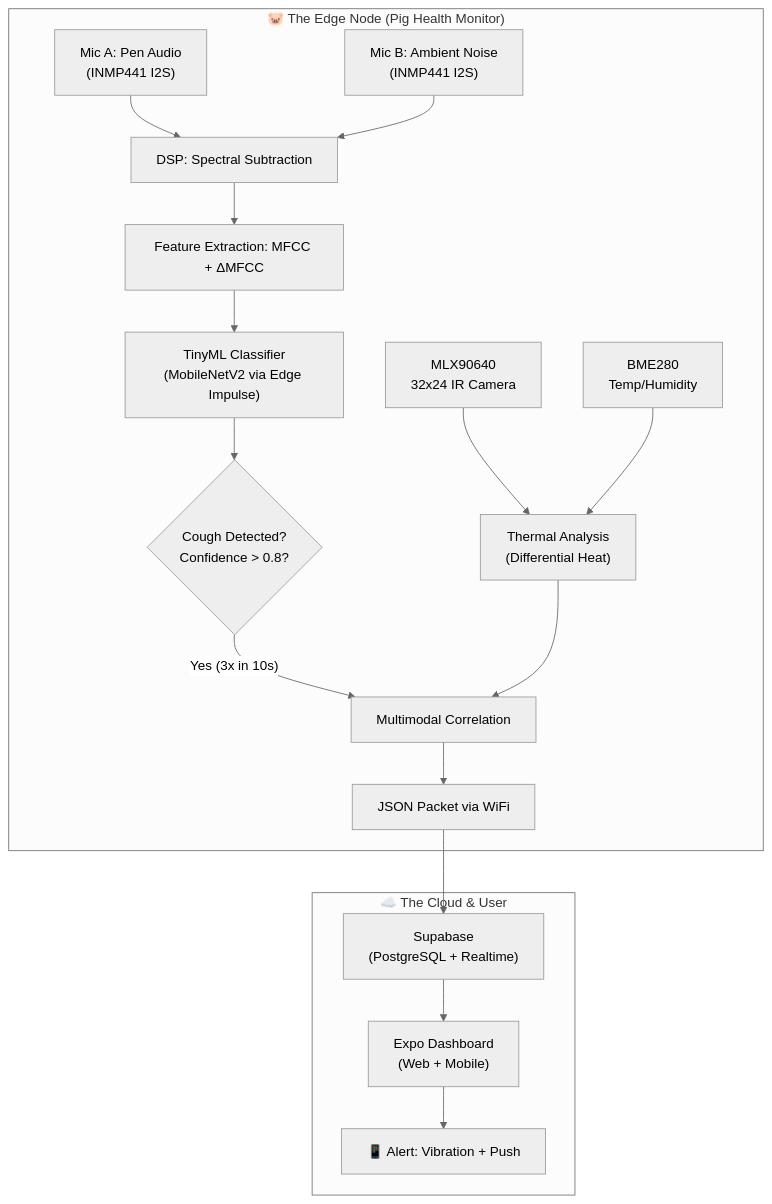
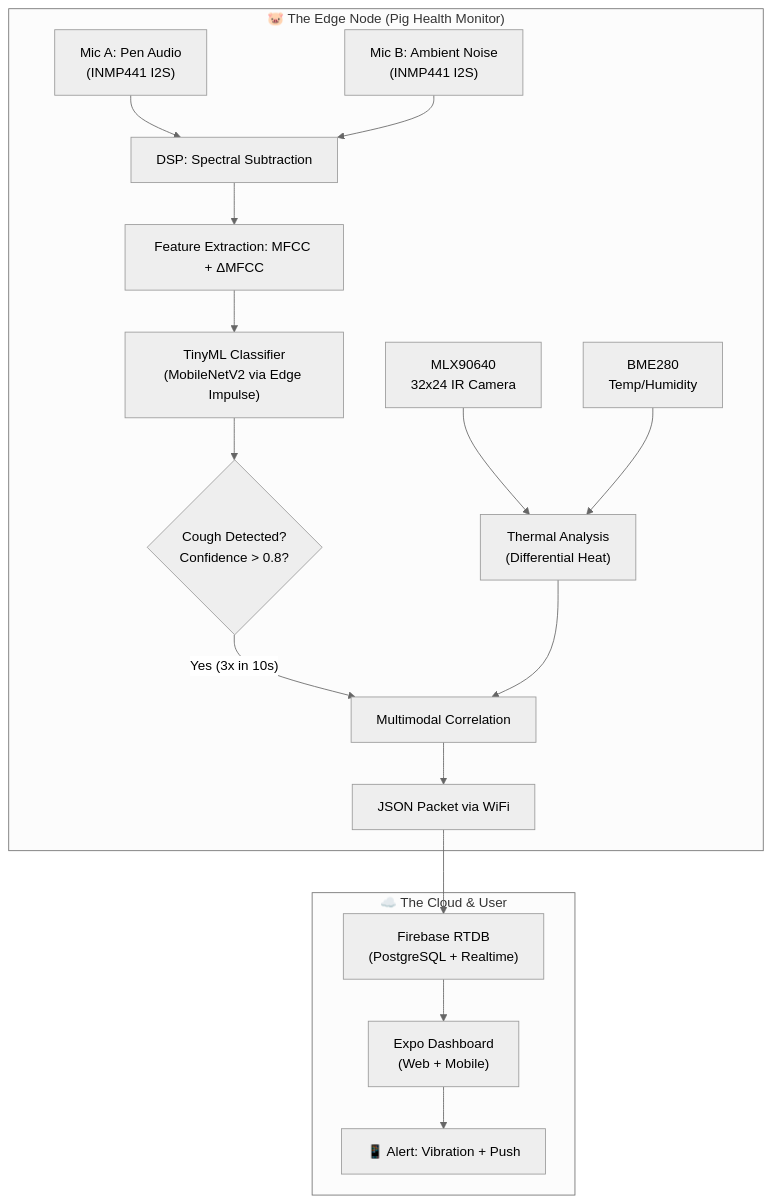
Before and after one commit to xkarma31-blip/pig-health-monitor: the first of 2 diagrams in docs/PIG_HEALTH_MONITOR_COMPLETE_RESEARCH.md, drawn with Mermaid (neutral theme). The commit also changed other lines of this file and 5 other files, not shown here.

Commit message:
docs(refactor): migrate all Supabase references to Firebase RTDB (Phase F)

````diff
--- a/docs/PIG_HEALTH_MONITOR_COMPLETE_RESEARCH.md
+++ b/docs/PIG_HEALTH_MONITOR_COMPLETE_RESEARCH.md
@@ -67,23 +67,23 @@
 ```mermaid
 graph TD
     subgraph "🐷 The Edge Node (Pig Health Monitor)"
     A["Mic A: Pen Audio<br/>(INMP441 I2S)"] --> C["DSP: Spectral Subtraction"]
     B["Mic B: Ambient Noise<br/>(INMP441 I2S)"] --> C
     C --> D["Feature Extraction: MFCC + ΔMFCC"]
     D --> E["TinyML Classifier<br/>(MobileNetV2 via Edge Impulse)"]
     E --> F{"Cough Detected?<br/>Confidence > 0.8?"}
     
     Thermal["MLX90640<br/>32x24 IR Camera"] --> G["Thermal Analysis<br/>(Differential Heat)"]
     Env["BME280<br/>Temp/Humidity"] --> G
     
     F -- "Yes (3x in 10s)" --> H["Multimodal Correlation"]
     G --> H
     H --> I["JSON Packet via WiFi"]
     end
     
     subgraph "☁️ The Cloud & User"
-    I --> J["Supabase<br/>(PostgreSQL + Realtime)"]
+    I --> J["Firebase RTDB<br/>(PostgreSQL + Realtime)"]
     J --> K["Expo Dashboard<br/>(Web + Mobile)"]
     K --> L["📱 Alert: Vibration + Push"]
     end
 ```
````
